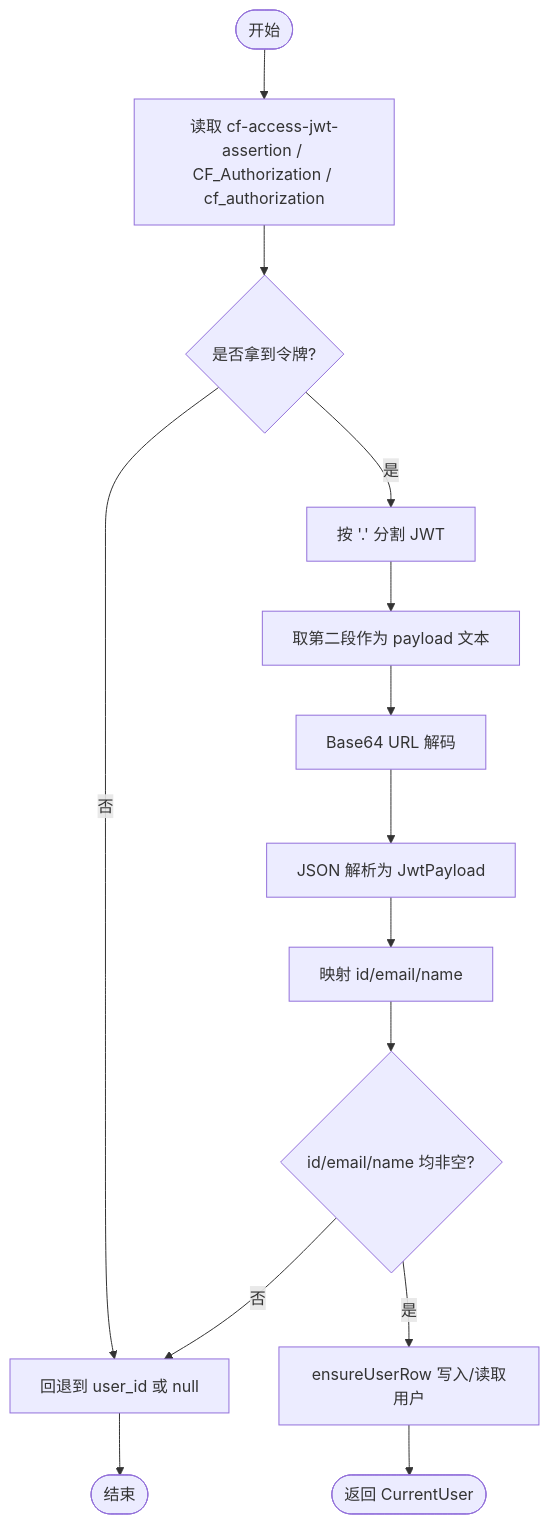
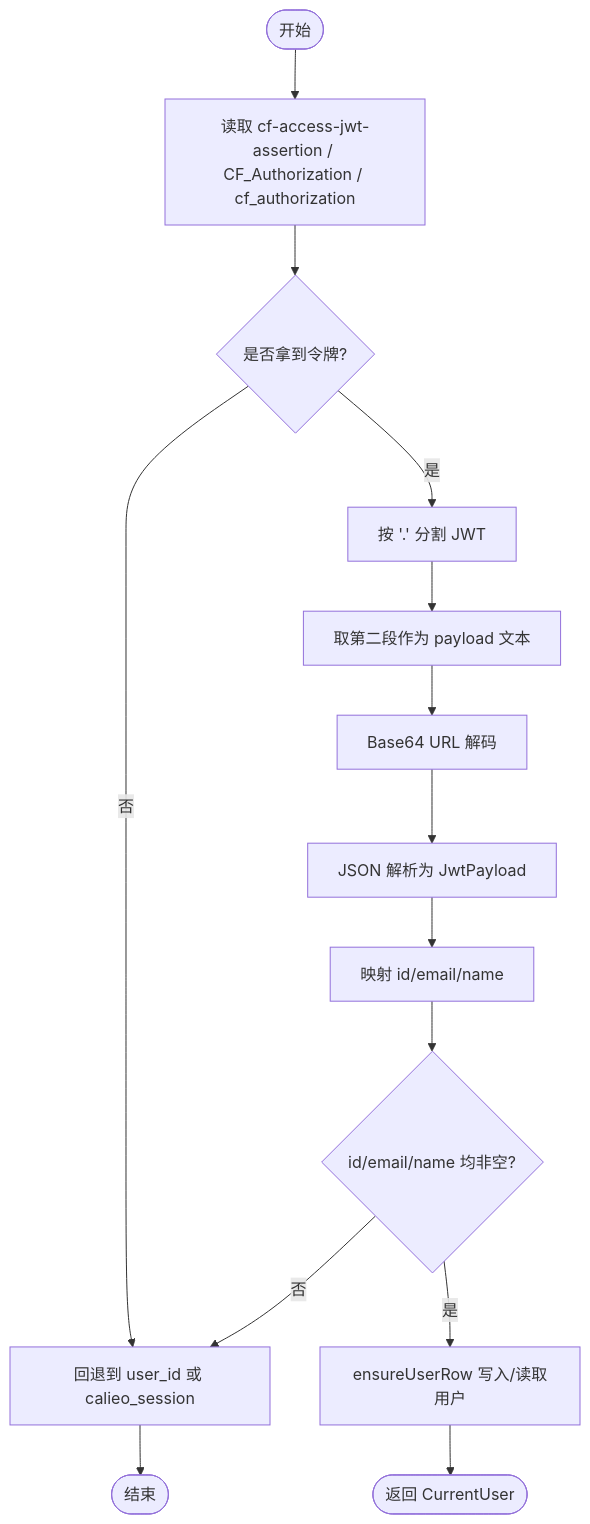
One commit to pnnh/weable changed the third of 11 diagrams in .qoder/repowiki/zh/content/架构设计/认证架构设计/多源认证机制.md. Above: the diagram before and after it, drawn with Mermaid. The commit also changed other lines of this file and 187 other files, not shown here.

````diff
--- a/.qoder/repowiki/zh/content/架构设计/认证架构设计/多源认证机制.md
+++ b/.qoder/repowiki/zh/content/架构设计/认证架构设计/多源认证机制.md
@@ -155,16 +191,16 @@
 ```mermaid
 flowchart TD
 Start(["开始"]) --> ReadToken["读取 cf-access-jwt-assertion / CF_Authorization / cf_authorization"]
 ReadToken --> HasToken{"是否拿到令牌?"}
-HasToken --> |否| Fallback["回退到 user_id 或 null"]
+HasToken --> |否| Fallback["回退到 user_id 或 calieo_session"]
 HasToken --> |是| SplitJWT["按 '.' 分割 JWT"]
 SplitJWT --> ExtractPayload["取第二段作为 payload 文本"]
 ExtractPayload --> Decode["Base64 URL 解码"]
 Decode --> ParseJSON["JSON 解析为 JwtPayload"]
 ParseJSON --> MapFields["映射 id/email/name"]
 MapFields --> Validate{"id/email/name 均非空?"}
 Validate --> |否| Fallback
 Validate --> |是| EnsureUser["ensureUserRow 写入/读取用户"]
 EnsureUser --> Done(["返回 CurrentUser"])
 Fallback --> End(["结束"])
 ```
````
